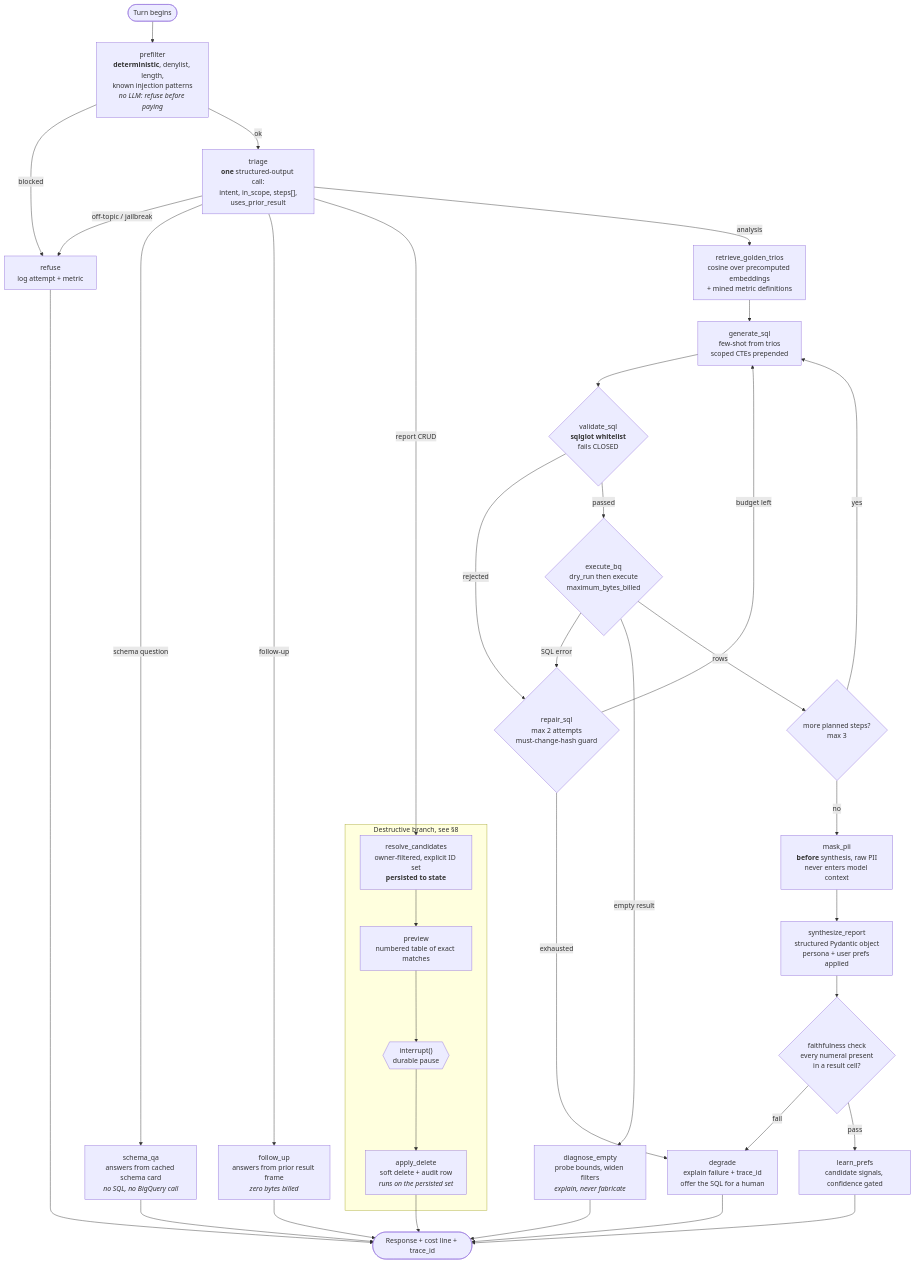
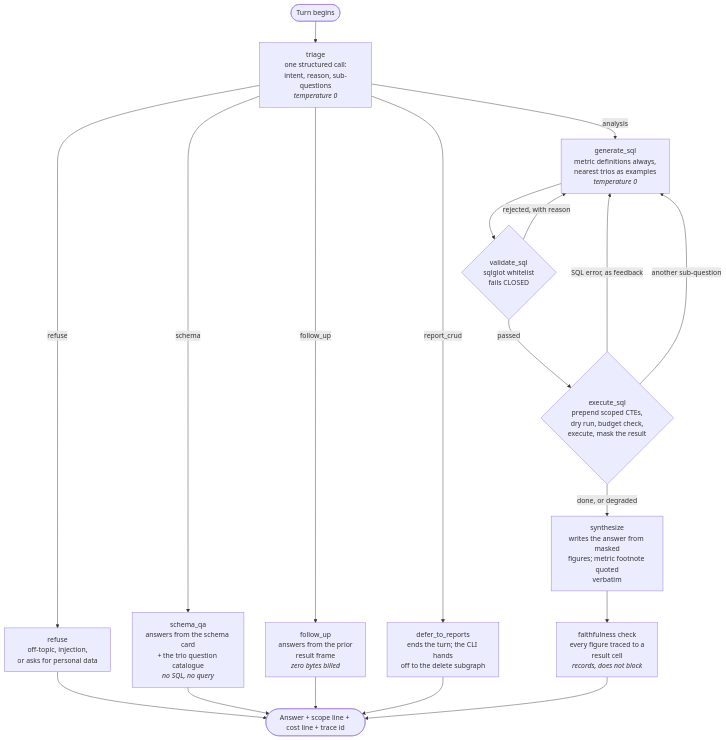
The second of 7 diagrams in docs/01-architecture.md (ganeshrepobox/analyst_assistant), drawn with Mermaid before and after one commit. The commit also changed other lines of this file and 9 other files, not shown here.

````diff
--- a/docs/01-architecture.md
+++ b/docs/01-architecture.md
@@ -184,54 +185,31 @@
 ```mermaid
 flowchart TD
-    START(["Turn begins"]) --> PRE["prefilter<br/><b>deterministic</b>, denylist, length,<br/>known injection patterns<br/><i>no LLM: refuse before paying</i>"]
-    PRE -->|blocked| REFUSE["refuse<br/>log attempt + metric"]
-    PRE -->|ok| TRIAGE["triage<br/><b>one</b> structured-output call:<br/>intent, in_scope, steps[],<br/>uses_prior_result"]
+    START(["Turn begins"]) --> TRIAGE["triage<br/>one structured call:<br/>intent, reason, sub-questions<br/><i>temperature 0</i>"]
 
-    TRIAGE -->|off-topic / jailbreak| REFUSE
-    TRIAGE -->|schema question| SCHEMA["schema_qa<br/>answers from cached schema card<br/><i>no SQL, no BigQuery call</i>"]
-    TRIAGE -->|follow-up| FOLLOW["follow_up<br/>answers from prior result frame<br/><i>zero bytes billed</i>"]
-    TRIAGE -->|report CRUD| RESOLVE
-    TRIAGE -->|analysis| RETRIEVE
+    TRIAGE -->|refuse| REFUSE["refuse<br/>off-topic, injection,<br/>or asks for personal data"]
+    TRIAGE -->|schema| SCHEMA["schema_qa<br/>answers from the schema card<br/>+ the trio question catalogue<br/><i>no SQL, no query</i>"]
+    TRIAGE -->|follow_up| FOLLOW["follow_up<br/>answers from the prior<br/>result frame<br/><i>zero bytes billed</i>"]
+    TRIAGE -->|report_crud| DEFER["defer_to_reports<br/>ends the turn; the CLI hands<br/>off to the delete subgraph"]
+    TRIAGE -->|analysis| GEN
 
-    RETRIEVE["retrieve_golden_trios<br/>cosine over precomputed embeddings<br/>+ mined metric definitions"] --> GEN
-    GEN["generate_sql<br/>few-shot from trios<br/>scoped CTEs prepended"] --> VALID
+    GEN["generate_sql<br/>metric definitions always,<br/>nearest trios as examples<br/><i>temperature 0</i>"] --> VALID
 
-    VALID{"validate_sql<br/><b>sqlglot whitelist</b><br/>fails CLOSED"}
-    VALID -->|rejected| REPAIR
+    VALID{"validate_sql<br/>sqlglot whitelist<br/>fails CLOSED"}
+    VALID -->|rejected, with reason| GEN
     VALID -->|passed| EXEC
 
-    EXEC{"execute_bq<br/>dry_run then execute<br/>maximum_bytes_billed"}
-    EXEC -->|SQL error| REPAIR
-    EXEC -->|empty result| DIAG["diagnose_empty<br/>probe bounds, widen filters<br/><i>explain, never fabricate</i>"]
-    EXEC -->|rows| NEXT
+    EXEC{"execute_sql<br/>prepend scoped CTEs,<br/>dry run, budget check,<br/>execute, mask the result"}
+    EXEC -->|SQL error, as feedback| GEN
+    EXEC -->|another sub-question| GEN
+    EXEC -->|done, or degraded| SYN
 
-    REPAIR{"repair_sql<br/>max 2 attempts<br/>must-change-hash guard"}
-    REPAIR -->|budget left| GEN
-    REPAIR -->|exhausted| DEGRADE["degrade<br/>explain failure + trace_id<br/>offer the SQL for a human"]
+    SYN["synthesize<br/>writes the answer from masked<br/>figures; metric footnote quoted<br/>verbatim"] --> FAITH
 
-    NEXT{"more planned steps?<br/>max 3"}
-    NEXT -->|yes| GEN
-    NEXT -->|no| MASK
+    FAITH["faithfulness check<br/>every figure traced to a<br/>result cell<br/><i>records, does not block</i>"]
 
-    MASK["mask_pii<br/><b>before</b> synthesis, raw PII<br/>never enters model context"] --> SYN
-    SYN["synthesize_report<br/>structured Pydantic object<br/>persona + user prefs applied"] --> FAITH
-
-    FAITH{"faithfulness check<br/>every numeral present<br/>in a result cell?"}
-    FAITH -->|fail| DEGRADE
-    FAITH -->|pass| PREFS["learn_prefs<br/>candidate signals, confidence gated"]
-
+    REFUSE --> OUT
     SCHEMA --> OUT
     FOLLOW --> OUT
-    DIAG --> OUT
-    DEGRADE --> OUT
-    REFUSE --> OUT
-    PREFS --> OUT(["Response + cost line + trace_id"])
-
-    subgraph destructive["Destructive branch, see §8"]
-        RESOLVE["resolve_candidates<br/>owner-filtered, explicit ID set<br/><b>persisted to state</b>"]
-        RESOLVE --> PREVIEW["preview<br/>numbered table of exact matches"]
-        PREVIEW --> INT{{"interrupt()<br/>durable pause"}}
-        INT --> APPLY["apply_delete<br/>soft delete + audit row<br/><i>runs on the persisted set</i>"]
-    end
-    APPLY --> OUT
+    DEFER --> OUT
+    FAITH --> OUT(["Answer + scope line + cost line + trace id"])
 ```
````
